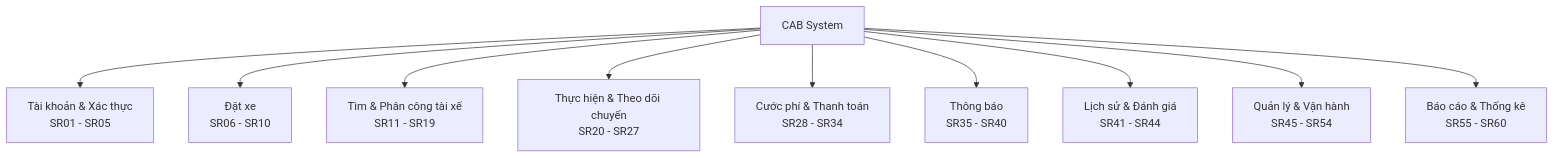
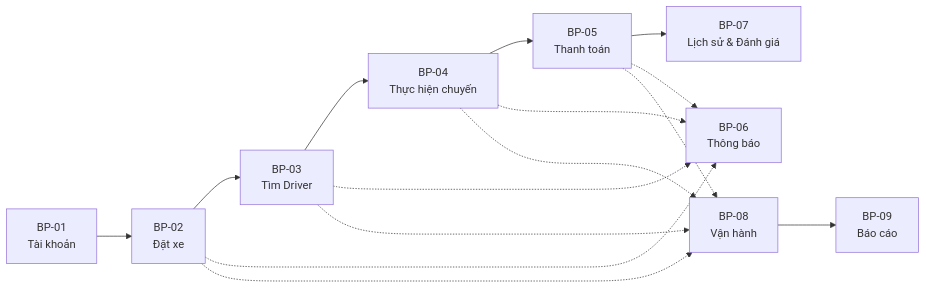
One commit to ntthuyvy0205-source/23662281_NguyenThiThuyVy_CABSYSTEM changed diagram 19 of 28 in SRS.md. Above: the diagram before and after it, drawn with Mermaid. The commit also changed other lines of this file, not shown here.

````diff
--- a/SRS.md
+++ b/SRS.md
@@ -845,15 +2310,32 @@
 ```mermaid
-flowchart TB
+flowchart LR
 
-    CAB["CAB System"]
+    BP01["BP-01<br/>Tài khoản"]
+    BP02["BP-02<br/>Đặt xe"]
+    BP03["BP-03<br/>Tìm Driver"]
+    BP04["BP-04<br/>Thực hiện chuyến"]
+    BP05["BP-05<br/>Thanh toán"]
+    BP07["BP-07<br/>Lịch sử & Đánh giá"]
 
-    CAB --> A["Tài khoản & Xác thực<br/>SR01 - SR05"]
-    CAB --> B["Đặt xe<br/>SR06 - SR10"]
-    CAB --> C["Tìm & Phân công tài xế<br/>SR11 - SR19"]
-    CAB --> D["Thực hiện & Theo dõi chuyến<br/>SR20 - SR27"]
-    CAB --> E["Cước phí & Thanh toán<br/>SR28 - SR34"]
-    CAB --> F["Thông báo<br/>SR35 - SR40"]
-    CAB --> G["Lịch sử & Đánh giá<br/>SR41 - SR44"]
-    CAB --> H["Quản lý & Vận hành<br/>SR45 - SR54"]
-    CAB --> I["Báo cáo & Thống kê<br/>SR55 - SR60"]
+    BP06["BP-06<br/>Thông báo"]
+    BP08["BP-08<br/>Vận hành"]
+    BP09["BP-09<br/>Báo cáo"]
+
+    BP01 --> BP02
+    BP02 --> BP03
+    BP03 --> BP04
+    BP04 --> BP05
+    BP05 --> BP07
+
+    BP02 -.-> BP06
+    BP03 -.-> BP06
+    BP04 -.-> BP06
+    BP05 -.-> BP06
+
+    BP02 -.-> BP08
+    BP03 -.-> BP08
+    BP04 -.-> BP08
+    BP05 -.-> BP08
+
+    BP08 --> BP09
 ```
````
